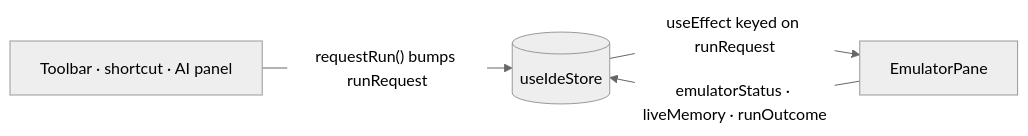
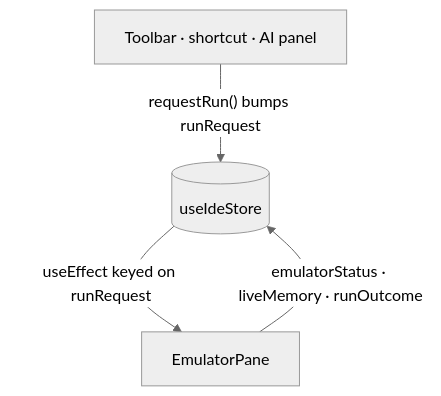
One commit to seanhodges/basically changed the third of 12 diagrams in docs/contributing/architecture.md. Above: the diagram before and after it, drawn with Mermaid (neutral theme). The commit also changed other lines of this file and 7 other files, not shown here.

````diff
--- a/docs/contributing/architecture.md
+++ b/docs/contributing/architecture.md
@@ -158,6 +119,6 @@
 ```mermaid
-flowchart LR
+flowchart TB
   src["Toolbar · shortcut · AI panel"] -->|"requestRun() bumps runRequest"| store[("useIdeStore")]
   store -->|"useEffect keyed on runRequest"| ep["EmulatorPane"]
   ep -->|"emulatorStatus · liveMemory · runOutcome"| store
 ```
````
